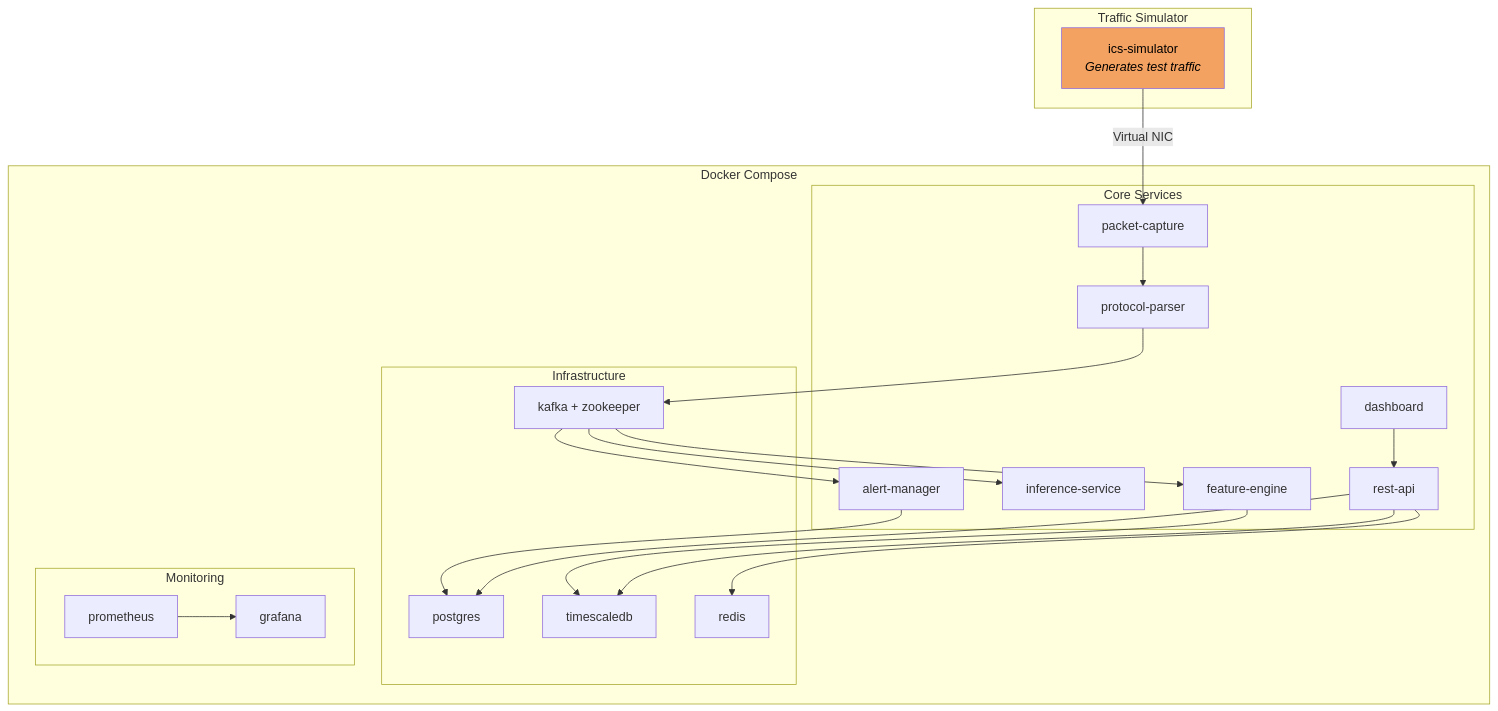
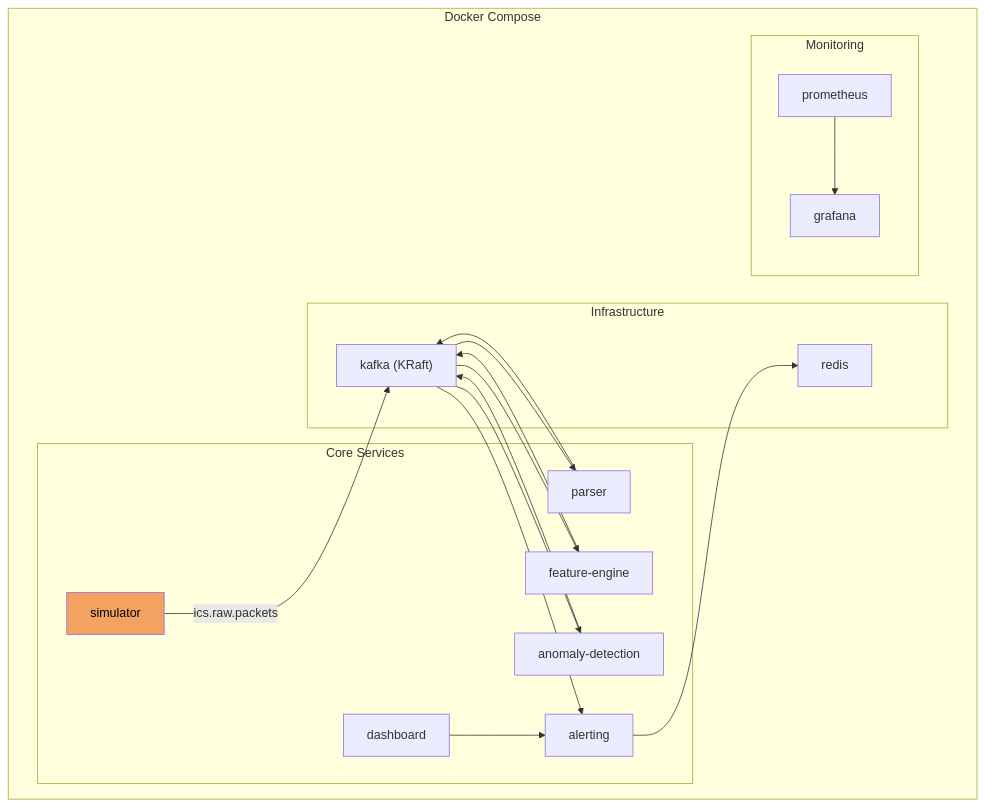
One commit to caverac/ics-anomaly-detection changed the second of 9 diagrams in packages/docs/docs/architecture/deployment.md. Above: the diagram before and after it, drawn with Mermaid. The commit also changed other lines of this file and 35 other files, not shown here.

````diff
--- a/packages/docs/docs/architecture/deployment.md
+++ b/packages/docs/docs/architecture/deployment.md
@@ -40,46 +40,37 @@
 ```mermaid
 flowchart TB
     subgraph Docker["Docker Compose"]
         subgraph Services["Core Services"]
-            CAP["packet-capture"]
-            PARSE["protocol-parser"]
+            SIM["simulator"]
+            PARSE["parser"]
             FEAT["feature-engine"]
-            INF["inference-service"]
-            ALERT["alert-manager"]
-            API["rest-api"]
+            INF["anomaly-detection"]
+            ALERT["alerting"]
             DASH["dashboard"]
         end
 
         subgraph Infra["Infrastructure"]
-            KAFKA["kafka + zookeeper"]
-            PG["postgres"]
-            TS["timescaledb"]
+            KAFKA["kafka (KRaft)"]
             REDIS["redis"]
         end
 
         subgraph Monitoring["Monitoring"]
             PROM["prometheus"]
             GRAF["grafana"]
         end
     end
 
-    subgraph Simulator["Traffic Simulator"]
-        SIM["ics-simulator<br/><i>Generates test traffic</i>"]
-    end
-
-    SIM -->|"Virtual NIC"| CAP
-    CAP --> PARSE
+    SIM -->|"ics.raw.packets"| KAFKA
+    KAFKA --> PARSE
     PARSE --> KAFKA
     KAFKA --> FEAT
+    FEAT --> KAFKA
     KAFKA --> INF
+    INF --> KAFKA
     KAFKA --> ALERT
-    ALERT --> PG
-    FEAT --> TS
-    API --> PG
-    API --> TS
-    API --> REDIS
-    DASH --> API
+    ALERT --> REDIS
+    DASH --> ALERT
     PROM --> GRAF
 
     style SIM fill:#f4a261,color:#000
 ```
````
